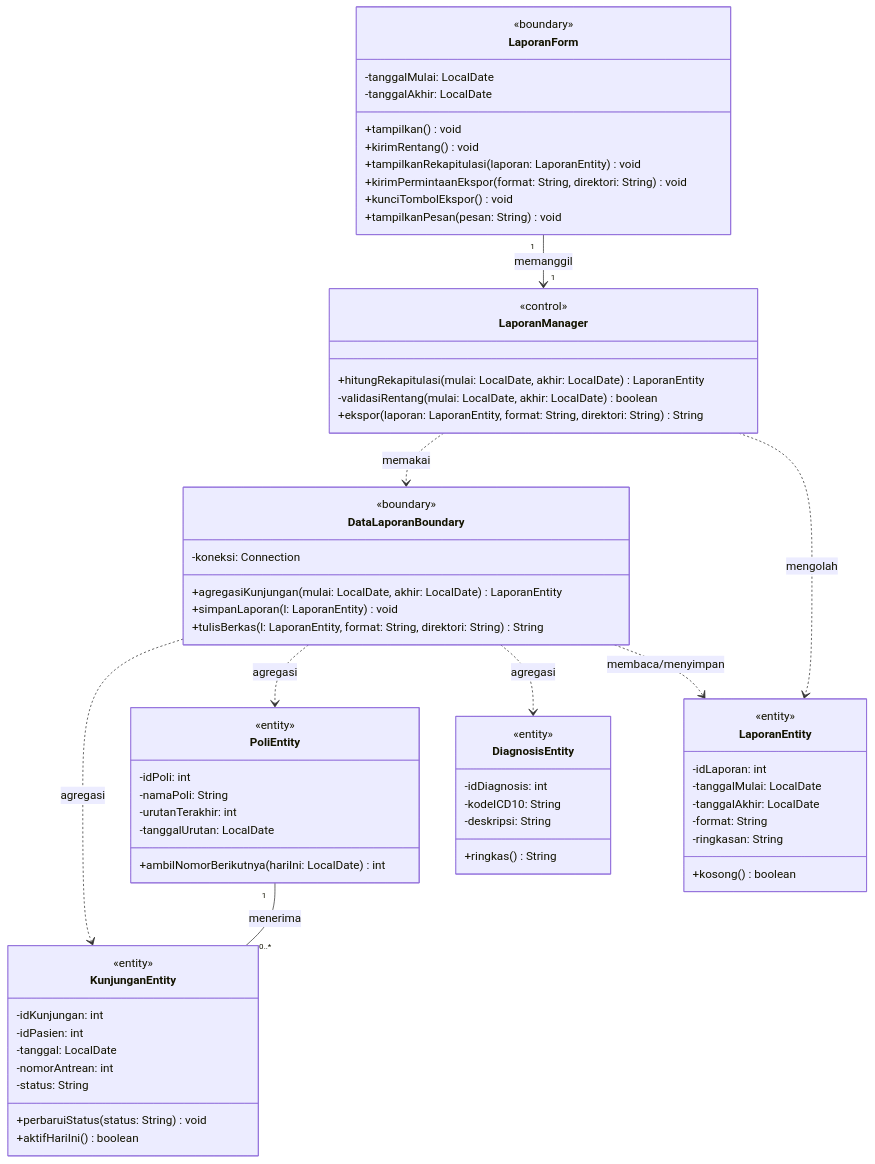
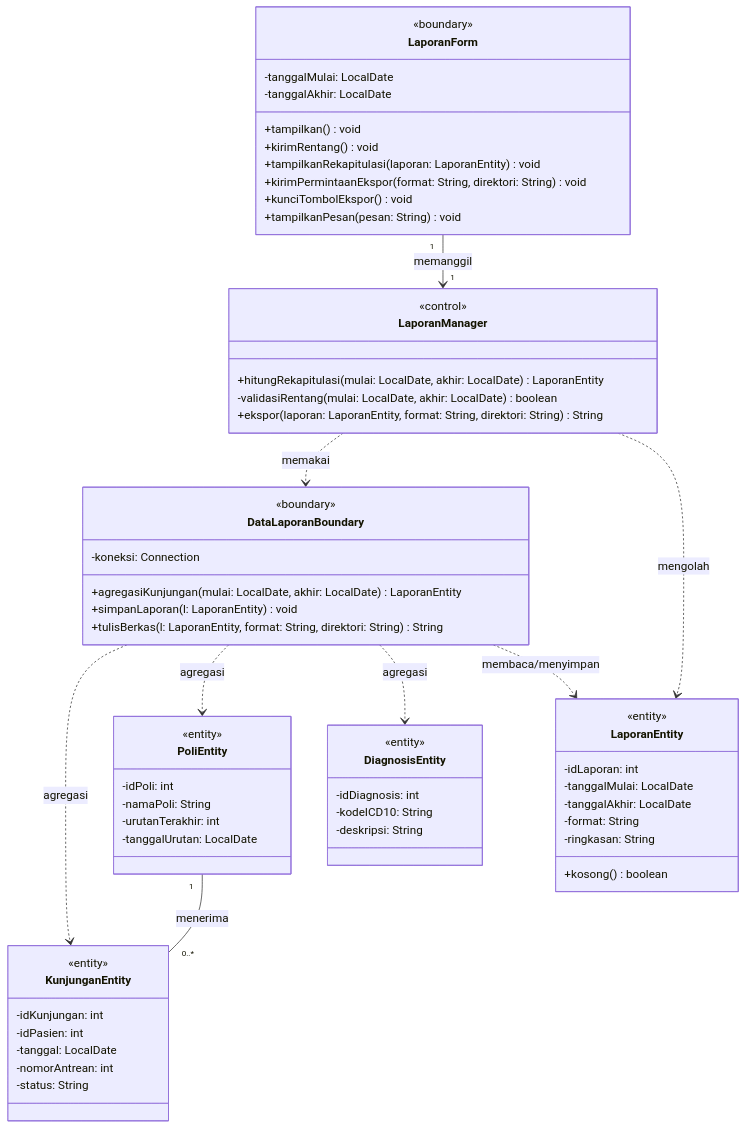
Before and after one commit to angseleong/IF2150-RPL-K02-G09: the diagram in docs/M7/assets/diagram/src/diagram-kelas-uc10.mmd, drawn with Mermaid. The commit also changed 54 other files, not shown here.

Commit message:
docs(m7): gambar ulang sequence UC07-UC12 dengan notasi BCE dan pangkas diagram kelas

```diff
--- a/docs/M7/assets/diagram/src/diagram-kelas-uc10.mmd
+++ b/docs/M7/assets/diagram/src/diagram-kelas-uc10.mmd
@@ -1,68 +1,64 @@
 classDiagram
   direction TB
   class LaporanForm {
     <<boundary>>
     -tanggalMulai: LocalDate
     -tanggalAkhir: LocalDate
     +tampilkan() void
     +kirimRentang() void
     +tampilkanRekapitulasi(laporan: LaporanEntity) void
     +kirimPermintaanEkspor(format: String, direktori: String) void
     +kunciTombolEkspor() void
     +tampilkanPesan(pesan: String) void
   }
   class LaporanManager {
     <<control>>
     +hitungRekapitulasi(mulai: LocalDate, akhir: LocalDate) LaporanEntity
     -validasiRentang(mulai: LocalDate, akhir: LocalDate) boolean
     +ekspor(laporan: LaporanEntity, format: String, direktori: String) String
   }
   class DataLaporanBoundary {
     <<boundary>>
     -koneksi: Connection
     +agregasiKunjungan(mulai: LocalDate, akhir: LocalDate) LaporanEntity
     +simpanLaporan(l: LaporanEntity) void
     +tulisBerkas(l: LaporanEntity, format: String, direktori: String) String
   }
   class KunjunganEntity {
     <<entity>>
     -idKunjungan: int
     -idPasien: int
     -tanggal: LocalDate
     -nomorAntrean: int
     -status: String
-    +perbaruiStatus(status: String) void
-    +aktifHariIni() boolean
   }
   class PoliEntity {
     <<entity>>
     -idPoli: int
     -namaPoli: String
     -urutanTerakhir: int
     -tanggalUrutan: LocalDate
-    +ambilNomorBerikutnya(hariIni: LocalDate) int
   }
   class DiagnosisEntity {
     <<entity>>
     -idDiagnosis: int
     -kodeICD10: String
     -deskripsi: String
-    +ringkas() String
   }
   class LaporanEntity {
     <<entity>>
     -idLaporan: int
     -tanggalMulai: LocalDate
     -tanggalAkhir: LocalDate
     -format: String
     -ringkasan: String
     +kosong() boolean
   }
   DataLaporanBoundary ..> KunjunganEntity : agregasi
   DataLaporanBoundary ..> PoliEntity : agregasi
   DataLaporanBoundary ..> DiagnosisEntity : agregasi
   LaporanForm "1" --> "1" LaporanManager : memanggil
   LaporanManager ..> DataLaporanBoundary : memakai
   LaporanManager ..> LaporanEntity : mengolah
   DataLaporanBoundary ..> LaporanEntity : membaca/menyimpan
   PoliEntity "1" -- "0..*" KunjunganEntity : menerima
```
